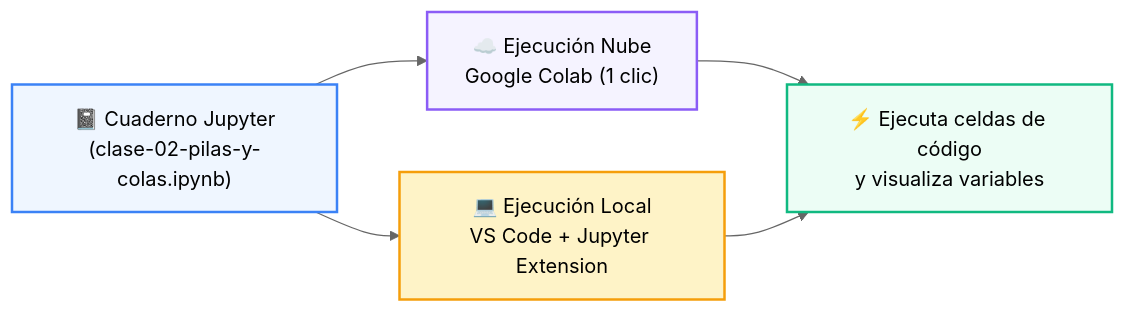
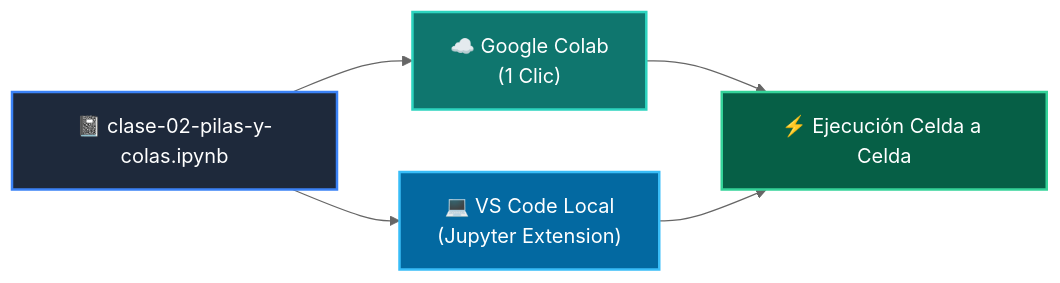
The diagram in 02-algoritmos-estructuras/clase-02-pilas-y-colas/notebook/README.md (wisrovi/wisrovi-python), drawn with Mermaid (neutral theme) before and after one commit. The commit also changed other lines of this file and 271 other files, not shown here.

Commit message:
docs: rewrite all README.md files with bespoke topic-specific Mermaid diagrams and remove repetitive boilerplate

````diff
--- a/02-algoritmos-estructuras/clase-02-pilas-y-colas/notebook/README.md
+++ b/02-algoritmos-estructuras/clase-02-pilas-y-colas/notebook/README.md
@@ -14,12 +12,12 @@
 ```mermaid
 flowchart LR
-    NB["📓 Cuaderno Jupyter<br/>(clase-02-pilas-y-colas.ipynb)"] --> COLAB["☁️ Ejecución Nube<br/>Google Colab (1 clic)"]
-    NB --> LOCAL["💻 Ejecución Local<br/>VS Code + Jupyter Extension"]
-    COLAB --> RUN["⚡ Ejecuta celdas de código<br/>y visualiza variables"]
+    NB["📓 clase-02-pilas-y-colas.ipynb"] --> COLAB["☁️ Google Colab<br/>(1 Clic)"]
+    NB --> LOCAL["💻 VS Code Local<br/>(Jupyter Extension)"]
+    COLAB --> RUN["⚡ Ejecución Celda a Celda"]
     LOCAL --> RUN
 
-    style NB fill:#eff6ff,stroke:#3b82f6,stroke-width:2px
-    style COLAB fill:#f5f3ff,stroke:#8b5cf6,stroke-width:2px
-    style LOCAL fill:#fef3c7,stroke:#f59e0b,stroke-width:2px
-    style RUN fill:#ecfdf5,stroke:#10b981,stroke-width:2px
+    style NB fill:#1e293b,color:#fff,stroke:#3b82f6,stroke-width:2px
+    style COLAB fill:#0f766e,color:#fff,stroke:#2dd4bf,stroke-width:2px
+    style LOCAL fill:#0369a1,color:#fff,stroke:#38bdf8,stroke-width:2px
+    style RUN fill:#065f46,color:#fff,stroke:#34d399,stroke-width:2px
 ```
````
